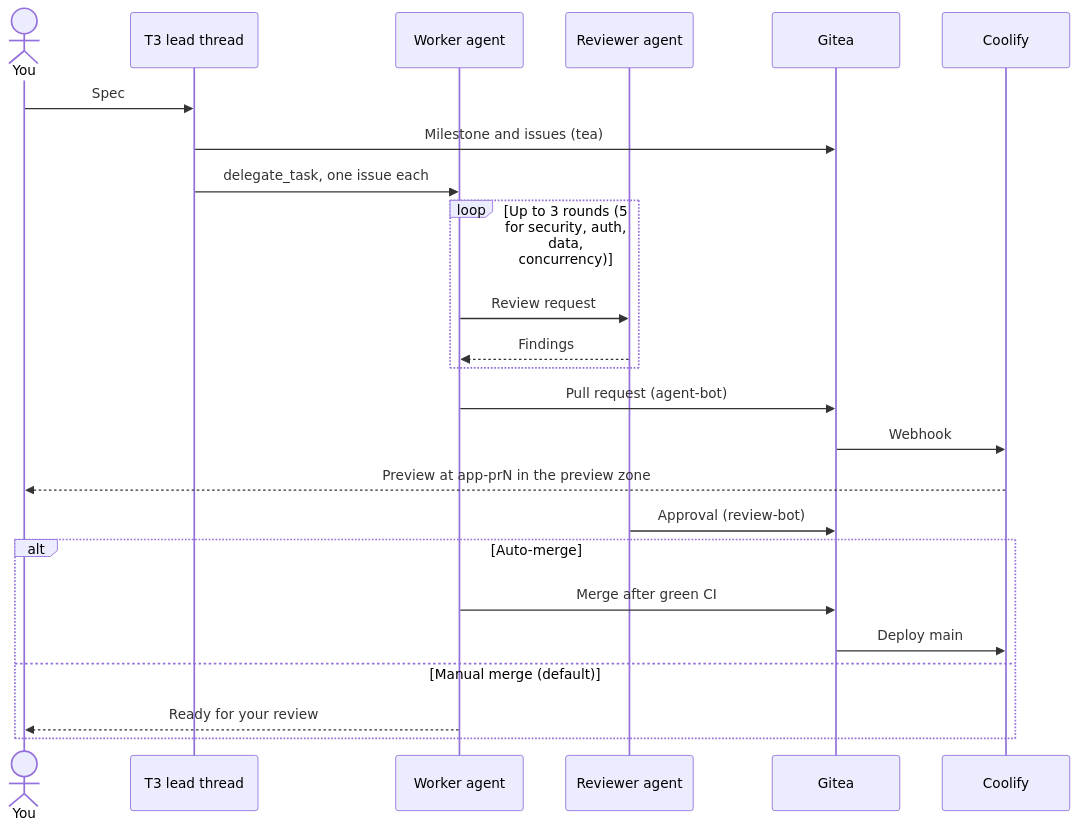
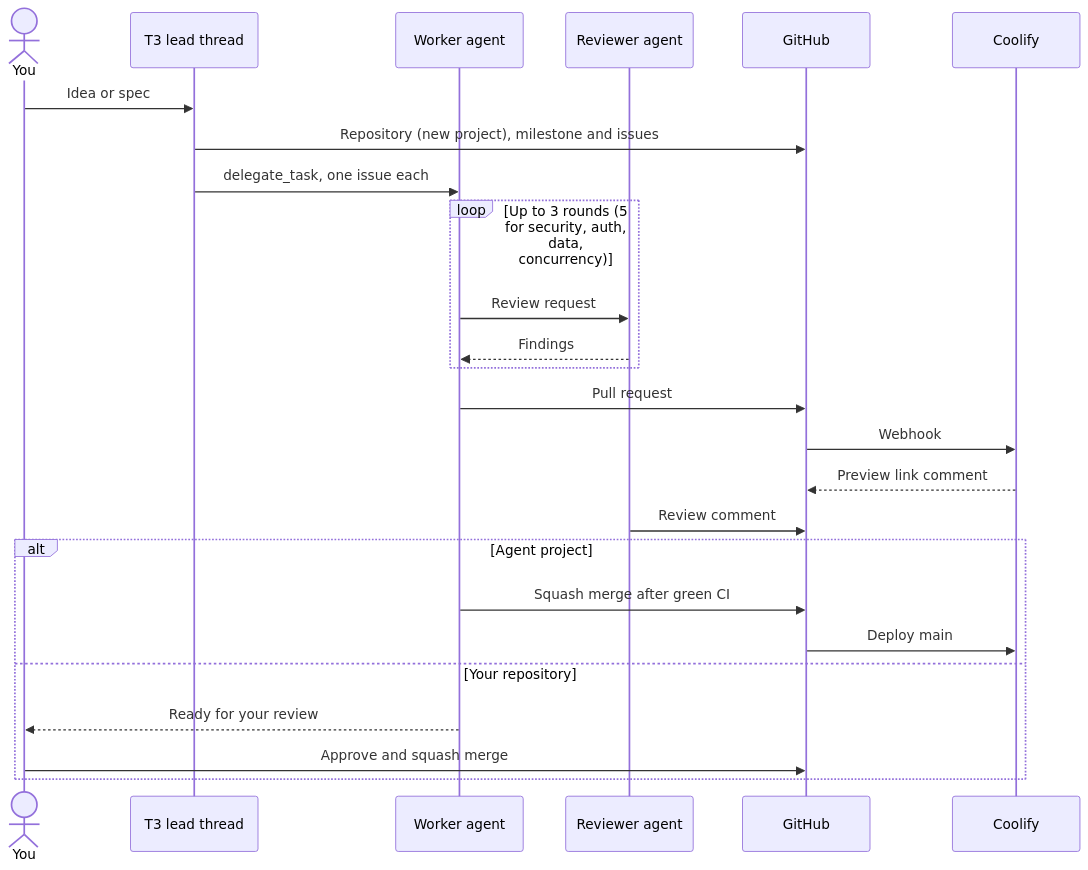
Before and after one commit to osrim/voliere: the second of 4 diagrams in docs/design.md, drawn with Mermaid. The commit also changed other lines of this file and 1 other file, not shown here.

First line of the commit message:
docs(design): move the agents from Gitea to GitHub

````diff
--- a/docs/design.md
+++ b/docs/design.md
@@ -161,27 +216,28 @@
 ```mermaid
 sequenceDiagram
     actor you as You
     participant lead as T3 lead thread
     participant w as Worker agent
     participant cx as Reviewer agent
-    participant g as Gitea
+    participant g as GitHub
     participant c as Coolify
 
-    you->>lead: Spec
-    lead->>g: Milestone and issues (tea)
+    you->>lead: Idea or spec
+    lead->>g: Repository (new project), milestone and issues
     lead->>w: delegate_task, one issue each
     loop Up to 3 rounds (5 for security, auth, data, concurrency)
         w->>cx: Review request
         cx-->>w: Findings
     end
-    w->>g: Pull request (agent-bot)
+    w->>g: Pull request
     g->>c: Webhook
-    c-->>you: Preview at app-prN in the preview zone
-    cx->>g: Approval (review-bot)
-    alt Auto-merge
-        w->>g: Merge after green CI
+    c-->>g: Preview link comment
+    cx->>g: Review comment
+    alt Agent project
+        w->>g: Squash merge after green CI
         g->>c: Deploy main
-    else Manual merge (default)
+    else Your repository
         w-->>you: Ready for your review
+        you->>g: Approve and squash merge
     end
 ```
````
